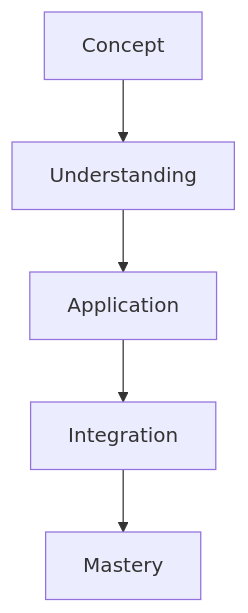
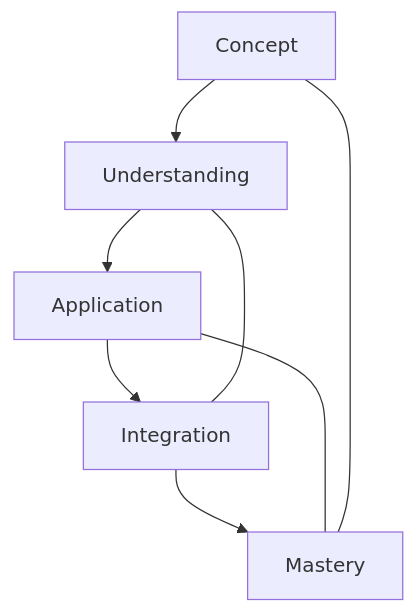
Before and after one commit to docxology/School_of_Tomorrow: the fifth of 6 diagrams in formalisms/numbers/1.md, drawn with Mermaid. The commit also changed other lines of this file and 9311 other files, not shown here.

````diff
--- a/formalisms/numbers/1.md
+++ b/formalisms/numbers/1.md
@@ -177,7 +187,11 @@
 ```mermaid
 graph TD
     A[Concept] --> B[Understanding]
     B --> C[Application]
     C --> D[Integration]
     D --> E[Mastery]
+    
+    B --- D
+    C --- E
+    A --- E
 ```
````
